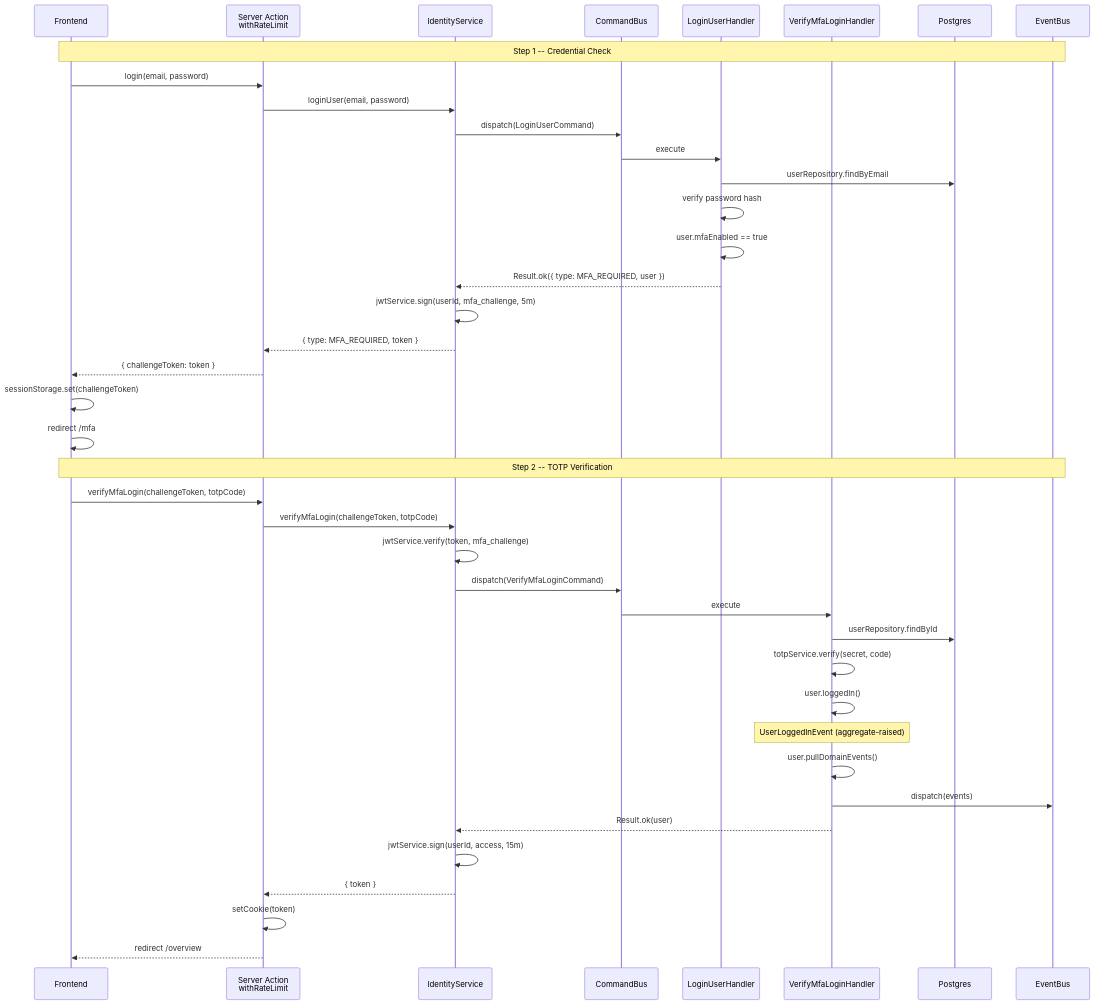
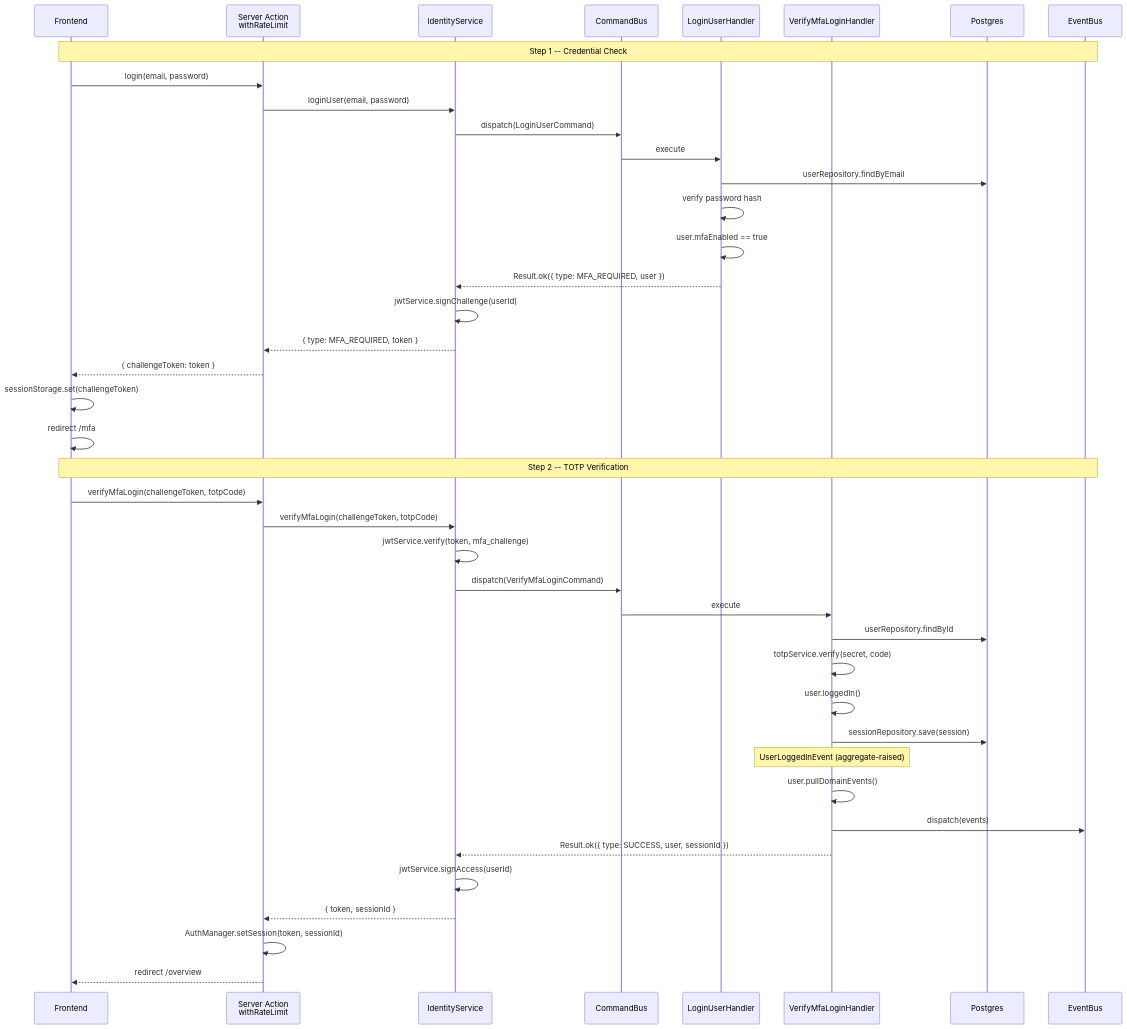
One commit to ctsmith2308/ledger changed the seventh of 10 diagrams in docs/flows.md. Above: the diagram before and after it, drawn with Mermaid. The commit also changed other lines of this file and 63 other files, not shown here.

Commit message:
re-work jwt and session flows and clean up plaid service

````diff
--- a/docs/flows.md
+++ b/docs/flows.md
@@ -231,44 +232,45 @@
 ```mermaid
 sequenceDiagram
     participant UI as Frontend
     participant SA as Server Action<br/>withRateLimit
     participant SVC as IdentityService
     participant CB as CommandBus
     participant LH as LoginUserHandler
     participant VH as VerifyMfaLoginHandler
     participant DB as Postgres
     participant EB as EventBus
 
     Note over UI,EB: Step 1 -- Credential Check
     UI->>SA: login(email, password)
     SA->>SVC: loginUser(email, password)
     SVC->>CB: dispatch(LoginUserCommand)
     CB->>LH: execute
     LH->>DB: userRepository.findByEmail
     LH->>LH: verify password hash
     LH->>LH: user.mfaEnabled == true
     LH-->>SVC: Result.ok({ type: MFA_REQUIRED, user })
-    SVC->>SVC: jwtService.sign(userId, mfa_challenge, 5m)
+    SVC->>SVC: jwtService.signChallenge(userId)
     SVC-->>SA: { type: MFA_REQUIRED, token }
     SA-->>UI: { challengeToken: token }
     UI->>UI: sessionStorage.set(challengeToken)
     UI->>UI: redirect /mfa
 
     Note over UI,EB: Step 2 -- TOTP Verification
     UI->>SA: verifyMfaLogin(challengeToken, totpCode)
     SA->>SVC: verifyMfaLogin(challengeToken, totpCode)
     SVC->>SVC: jwtService.verify(token, mfa_challenge)
     SVC->>CB: dispatch(VerifyMfaLoginCommand)
     CB->>VH: execute
     VH->>DB: userRepository.findById
     VH->>VH: totpService.verify(secret, code)
     VH->>VH: user.loggedIn()
+    VH->>DB: sessionRepository.save(session)
     Note over VH: UserLoggedInEvent (aggregate-raised)
     VH->>VH: user.pullDomainEvents()
     VH->>EB: dispatch(events)
-    VH-->>SVC: Result.ok(user)
-    SVC->>SVC: jwtService.sign(userId, access, 15m)
-    SVC-->>SA: { token }
-    SA->>SA: setCookie(token)
+    VH-->>SVC: Result.ok({ type: SUCCESS, user, sessionId })
+    SVC->>SVC: jwtService.signAccess(userId)
+    SVC-->>SA: { token, sessionId }
+    SA->>SA: AuthManager.setSession(token, sessionId)
     SA-->>UI: redirect /overview
 ```
````
